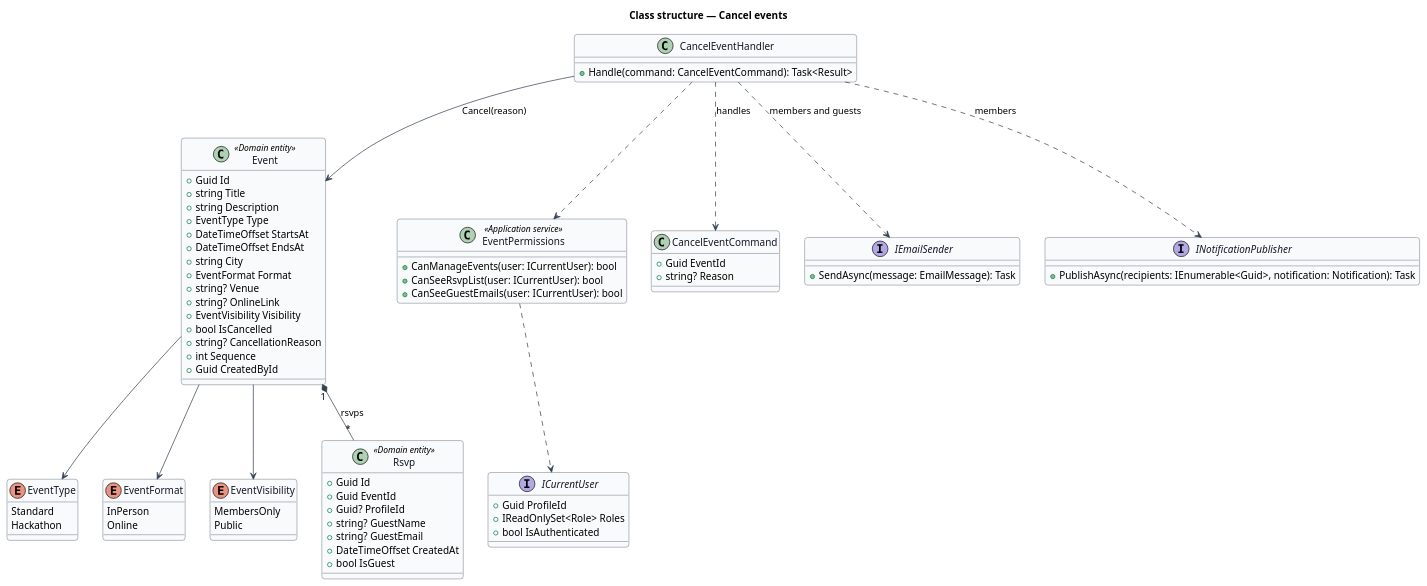
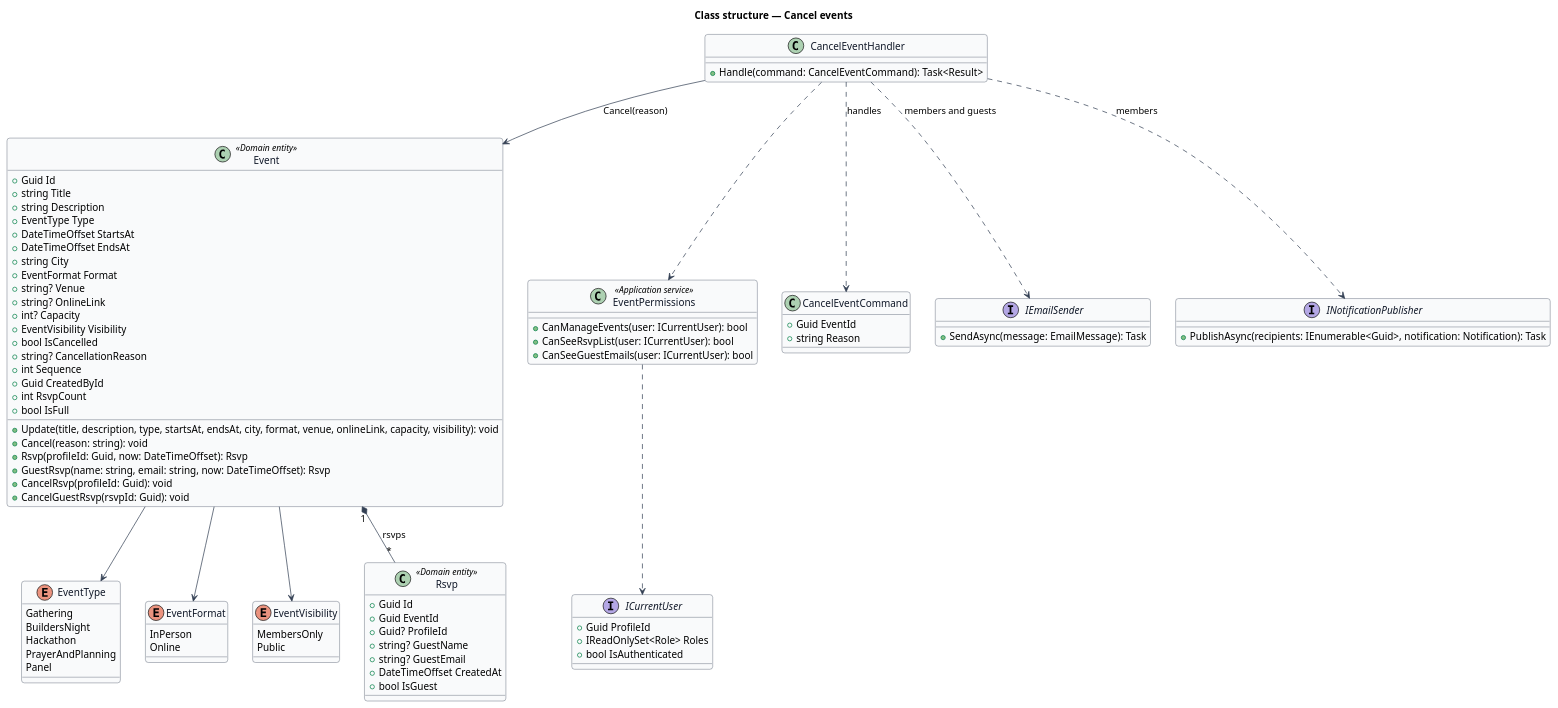
The diagram in docs/detailed-designs/events/cancel-events/diagrams/class-structure.puml (QuinntyneBrown/faithtech-community), drawn with PlantUML before and after one commit. The commit also changed 96 other files, not shown here.

```diff
--- a/docs/detailed-designs/events/cancel-events/diagrams/class-structure.puml
+++ b/docs/detailed-designs/events/cancel-events/diagrams/class-structure.puml
@@ -1,91 +1,103 @@
 @startuml
 skinparam backgroundColor #FFFFFF
 skinparam shadowing false
 skinparam roundcorner 8
 skinparam defaultFontName Arial
 skinparam ArrowColor #344054
 skinparam class {
   BorderColor #344054
   FontColor #101828
   BackgroundColor #F9FAFB
 }
 title Class structure — Cancel events
 
 enum EventType {
-  Standard
+  Gathering
+  BuildersNight
   Hackathon
+  PrayerAndPlanning
+  Panel
 }
 
 enum EventFormat {
   InPerson
   Online
 }
 
 enum EventVisibility {
   MembersOnly
   Public
 }
 
 class Event <<Domain entity>> {
   +Guid Id
   +string Title
   +string Description
   +EventType Type
   +DateTimeOffset StartsAt
   +DateTimeOffset EndsAt
   +string City
   +EventFormat Format
   +string? Venue
   +string? OnlineLink
+  +int? Capacity
   +EventVisibility Visibility
   +bool IsCancelled
   +string? CancellationReason
   +int Sequence
   +Guid CreatedById
+  +int RsvpCount
+  +bool IsFull
+  +Update(title, description, type, startsAt, endsAt, city, format, venue, onlineLink, capacity, visibility): void
+  +Cancel(reason: string): void
+  +Rsvp(profileId: Guid, now: DateTimeOffset): Rsvp
+  +GuestRsvp(name: string, email: string, now: DateTimeOffset): Rsvp
+  +CancelRsvp(profileId: Guid): void
+  +CancelGuestRsvp(rsvpId: Guid): void
 }
 Event --> EventType
 Event --> EventFormat
 Event --> EventVisibility
 
 class Rsvp <<Domain entity>> {
   +Guid Id
   +Guid EventId
   +Guid? ProfileId
   +string? GuestName
   +string? GuestEmail
   +DateTimeOffset CreatedAt
   +bool IsGuest
 }
 Event "1" *-- "*" Rsvp : rsvps
 
 class EventPermissions <<Application service>> {
   +CanManageEvents(user: ICurrentUser): bool
   +CanSeeRsvpList(user: ICurrentUser): bool
   +CanSeeGuestEmails(user: ICurrentUser): bool
 }
 interface ICurrentUser {
   +Guid ProfileId
   +IReadOnlySet<Role> Roles
   +bool IsAuthenticated
 }
 EventPermissions ..> ICurrentUser
 
 class CancelEventCommand {
   +Guid EventId
-  +string? Reason
+  +string Reason
 }
 class CancelEventHandler {
   +Handle(command: CancelEventCommand): Task<Result>
 }
 interface IEmailSender {
   +SendAsync(message: EmailMessage): Task
 }
 interface INotificationPublisher {
   +PublishAsync(recipients: IEnumerable<Guid>, notification: Notification): Task
 }
 CancelEventHandler ..> CancelEventCommand : handles
 CancelEventHandler ..> EventPermissions
 CancelEventHandler --> Event : Cancel(reason)
 CancelEventHandler ..> INotificationPublisher : members
 CancelEventHandler ..> IEmailSender : members and guests
 @enduml
```
